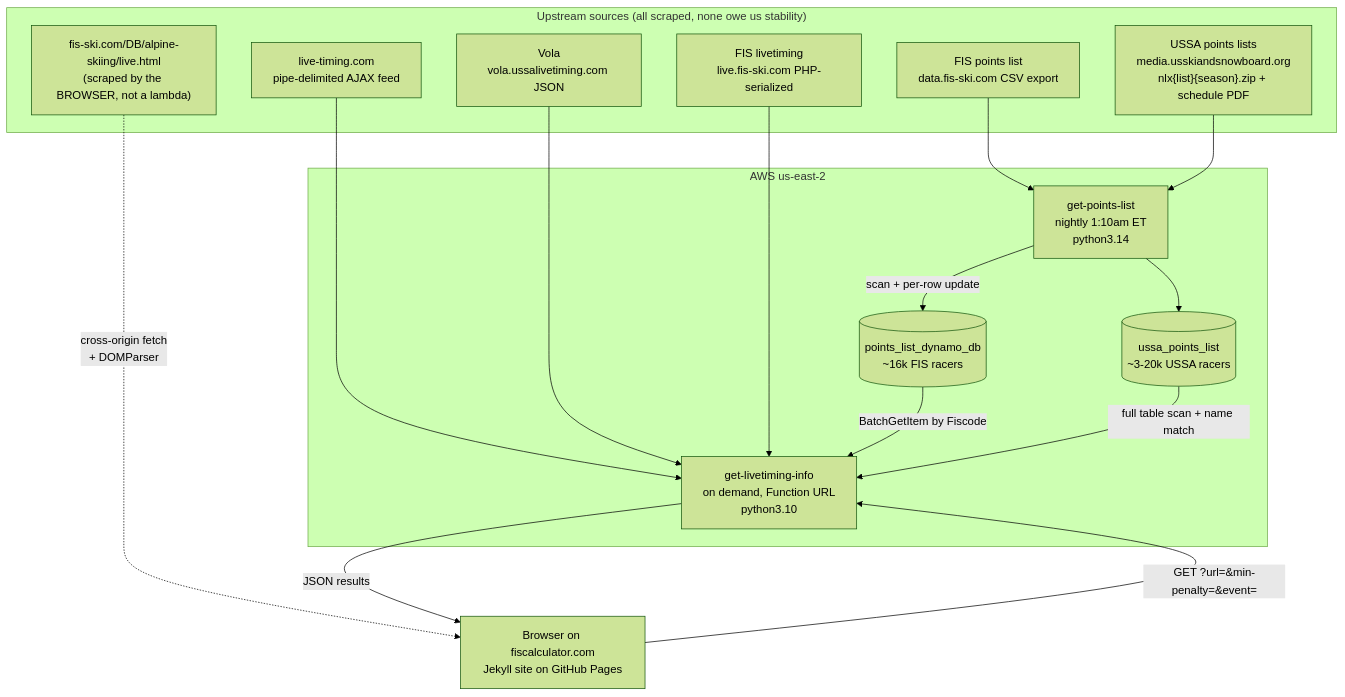
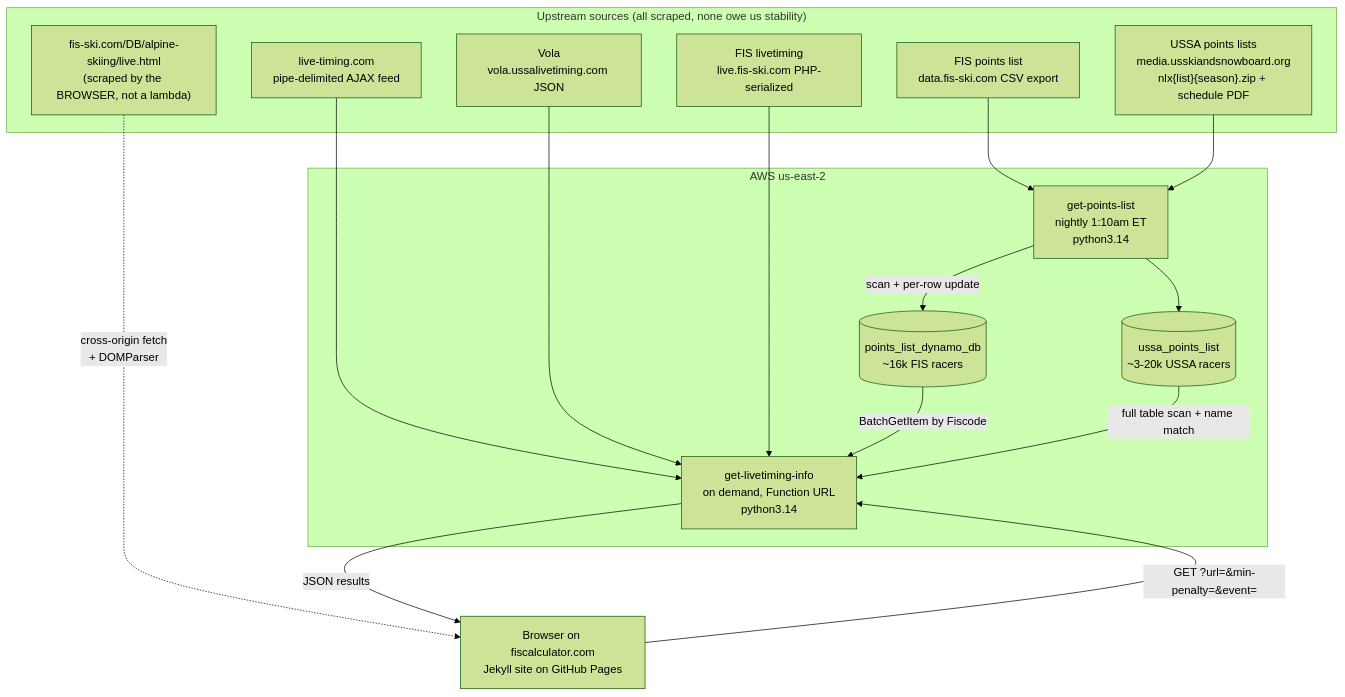
One commit to MSmallhouse/fis-calculator changed the diagram in docs/architecture.md. Above: the diagram before and after it, drawn with Mermaid (forest theme). The commit also changed other lines of this file and 3 other files, not shown here.

````diff
--- a/docs/architecture.md
+++ b/docs/architecture.md
@@ -35,36 +35,36 @@
 ```mermaid
 flowchart TB
     subgraph upstream["Upstream sources (all scraped, none owe us stability)"]
         FISLIST["FIS points list<br/>data.fis-ski.com CSV export"]
         USSALIST["USSA points lists<br/>media.usskiandsnowboard.org<br/>nlx{list}{season}.zip + schedule PDF"]
         LT["live-timing.com<br/>pipe-delimited AJAX feed"]
         VOLA["Vola<br/>vola.ussalivetiming.com JSON"]
         FISLIVE["FIS livetiming<br/>live.fis-ski.com PHP-serialized"]
         FISAPP["fis-ski.com/DB/alpine-skiing/live.html<br/>(scraped by the BROWSER, not a lambda)"]
     end
 
     subgraph aws["AWS us-east-2"]
         GPL["get-points-list<br/>nightly 1:10am ET<br/>python3.14"]
-        GLI["get-livetiming-info<br/>on demand, Function URL<br/>python3.10"]
+        GLI["get-livetiming-info<br/>on demand, Function URL<br/>python3.14"]
         T1[("points_list_dynamo_db<br/>~16k FIS racers")]
         T2[("ussa_points_list<br/>~3-20k USSA racers")]
     end
 
     BROWSER["Browser on fiscalculator.com<br/>Jekyll site on GitHub Pages"]
 
     FISLIST --> GPL
     USSALIST --> GPL
     GPL -->|"scan + per-row update"| T1
     GPL --> T2
 
     BROWSER -->|"GET ?url=&min-penalty=&event="| GLI
     FISAPP -.->|"cross-origin fetch<br/>+ DOMParser"| BROWSER
 
     LT --> GLI
     VOLA --> GLI
     FISLIVE --> GLI
 
     T1 -->|"BatchGetItem by Fiscode"| GLI
     T2 -->|"full table scan + name match"| GLI
     GLI -->|"JSON results"| BROWSER
 ```
````
